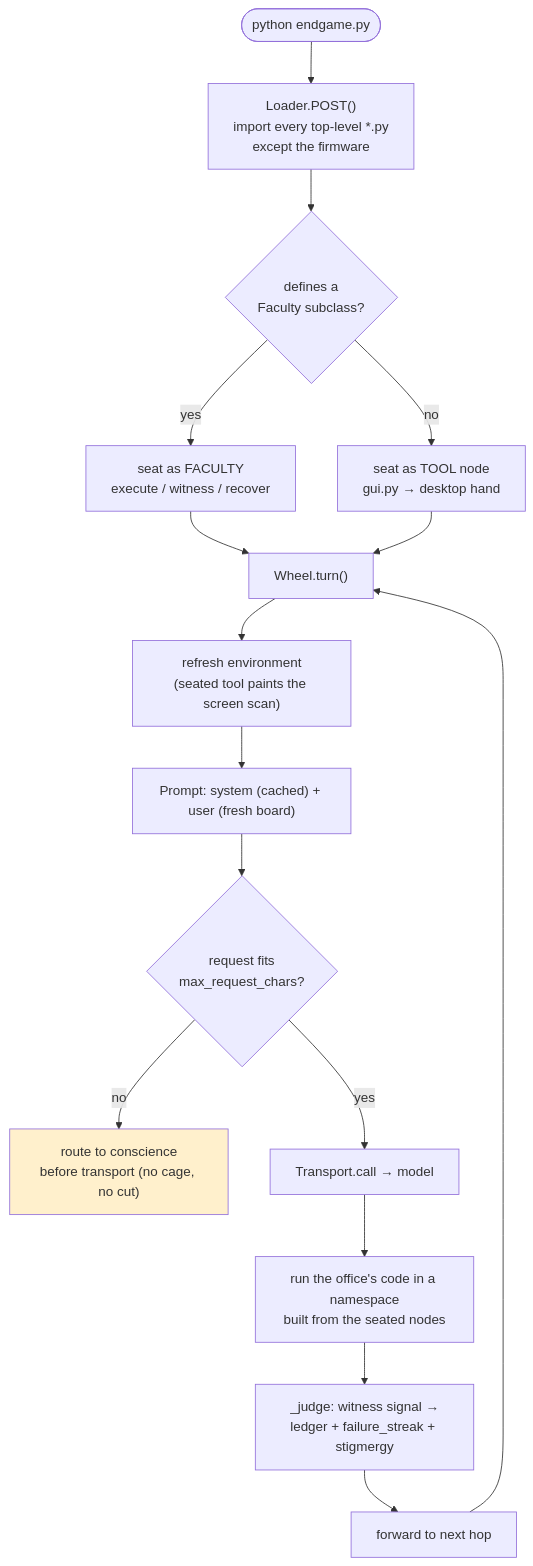
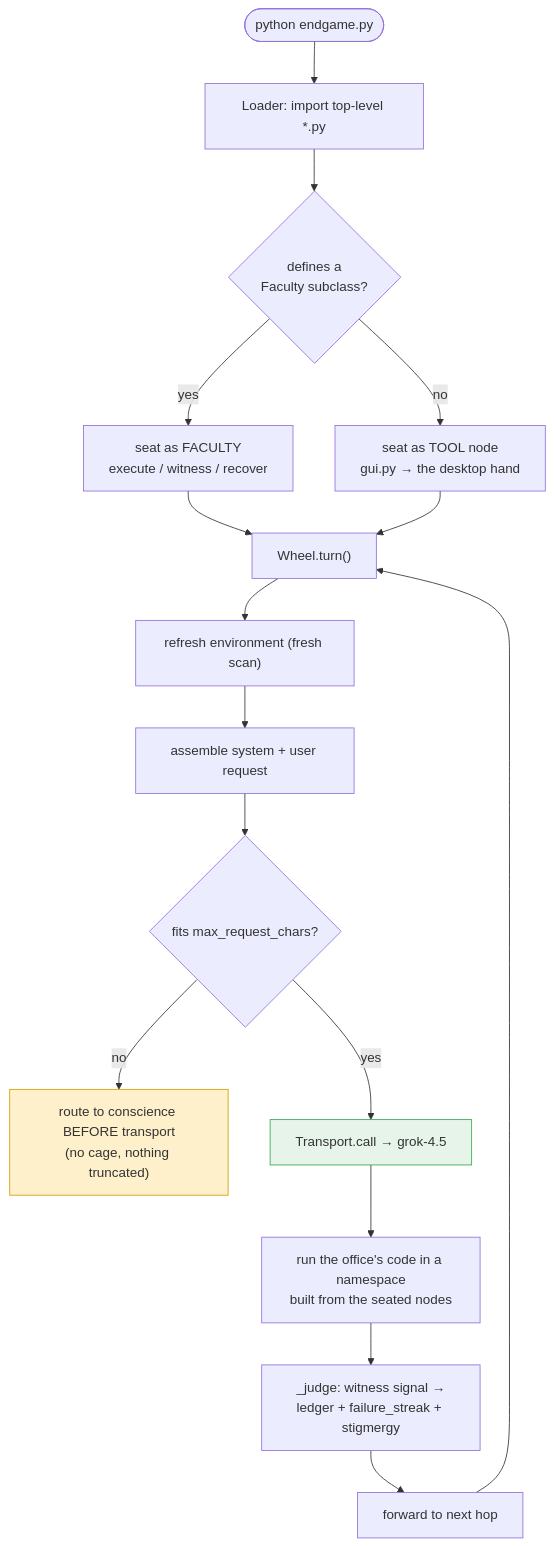
The seventh of 7 diagrams in README.md (wgabrys88/endgame-ai), drawn with Mermaid before and after one commit. The commit also changed other lines of this file, not shown here.

````diff
--- a/README.md
+++ b/README.md
@@ -132,19 +293,20 @@
 ```mermaid
 flowchart TD
-    BOOT([python endgame.py]) --> LOAD["Loader.POST()<br/>import every top-level *.py<br/>except the firmware"]
+    BOOT([python endgame.py]) --> LOAD["Loader: import top-level *.py"]
     LOAD --> CLASSIFY{"defines a<br/>Faculty subclass?"}
     CLASSIFY -->|yes| FAC["seat as FACULTY<br/>execute / witness / recover"]
-    CLASSIFY -->|no| TOOL["seat as TOOL node<br/>gui.py → desktop hand"]
-    FAC --> WHEEL2["Wheel.turn()"]
-    TOOL --> WHEEL2
-    WHEEL2 --> REFRESH["refresh environment<br/>(seated tool paints the screen scan)"]
-    REFRESH --> RENDER["Prompt: system (cached) + user (fresh board)"]
-    RENDER --> BUDGET{"request fits<br/>max_request_chars?"}
-    BUDGET -->|no| SWITCH["route to conscience<br/>before transport (no cage, no cut)"]
-    BUDGET -->|yes| CALL["Transport.call → model"]
-    CALL --> EXECODE["run the office's code in a namespace<br/>built from the seated nodes"]
-    EXECODE --> JUDGE["_judge: witness signal →<br/>ledger + failure_streak + stigmergy"]
+    CLASSIFY -->|no| TOOL["seat as TOOL node<br/>gui.py → the desktop hand"]
+    FAC --> TURN["Wheel.turn()"]
+    TOOL --> TURN
+    TURN --> SCAN["refresh environment (fresh scan)"]
+    SCAN --> ASM["assemble system + user request"]
+    ASM --> BUD{"fits max_request_chars?"}
+    BUD -->|no| SW["route to conscience BEFORE transport<br/>(no cage, nothing truncated)"]
+    BUD -->|yes| CALL["Transport.call → grok-4.5"]
+    CALL --> RUN["run the office's code in a namespace<br/>built from the seated nodes"]
+    RUN --> JUDGE["_judge: witness signal →<br/>ledger + failure_streak + stigmergy"]
     JUDGE --> HOP["forward to next hop"]
-    HOP --> WHEEL2
-    style SWITCH fill:#fff0cc
+    HOP --> TURN
+    style SW fill:#fff0cc,stroke:#d39e00
+    style CALL fill:#e6f4ea,stroke:#34a853
 ```
````
